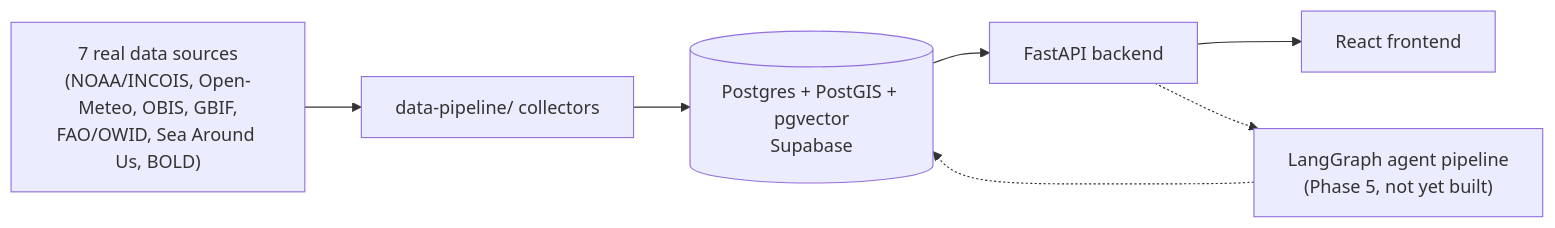
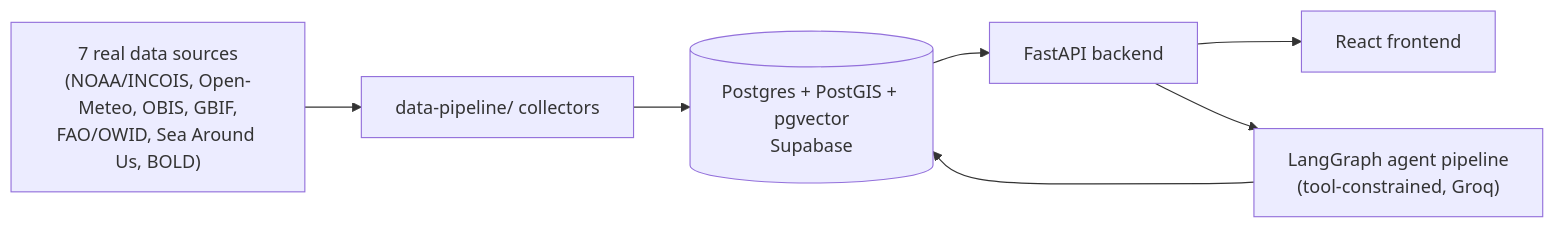
The diagram in README.md (siddh-sh/OASIS), drawn with Mermaid before and after one commit. The commit also changed other lines of this file and 14 other files, not shown here.

````diff
--- a/README.md
+++ b/README.md
@@ -19,9 +19,9 @@
 ```mermaid
 flowchart LR
     Sources["7 real data sources\n(NOAA/INCOIS, Open-Meteo, OBIS, GBIF,\nFAO/OWID, Sea Around Us, BOLD)"] --> Pipeline[data-pipeline/ collectors]
     Pipeline --> DB[(Postgres + PostGIS + pgvector\nSupabase)]
     DB --> API[FastAPI backend]
     API --> UI[React frontend]
-    Agents["LangGraph agent pipeline\n(Phase 5, not yet built)"] -.-> DB
-    API -.-> Agents
+    Agents["LangGraph agent pipeline\n(tool-constrained, Groq)"] --> DB
+    API --> Agents
 ```
````
